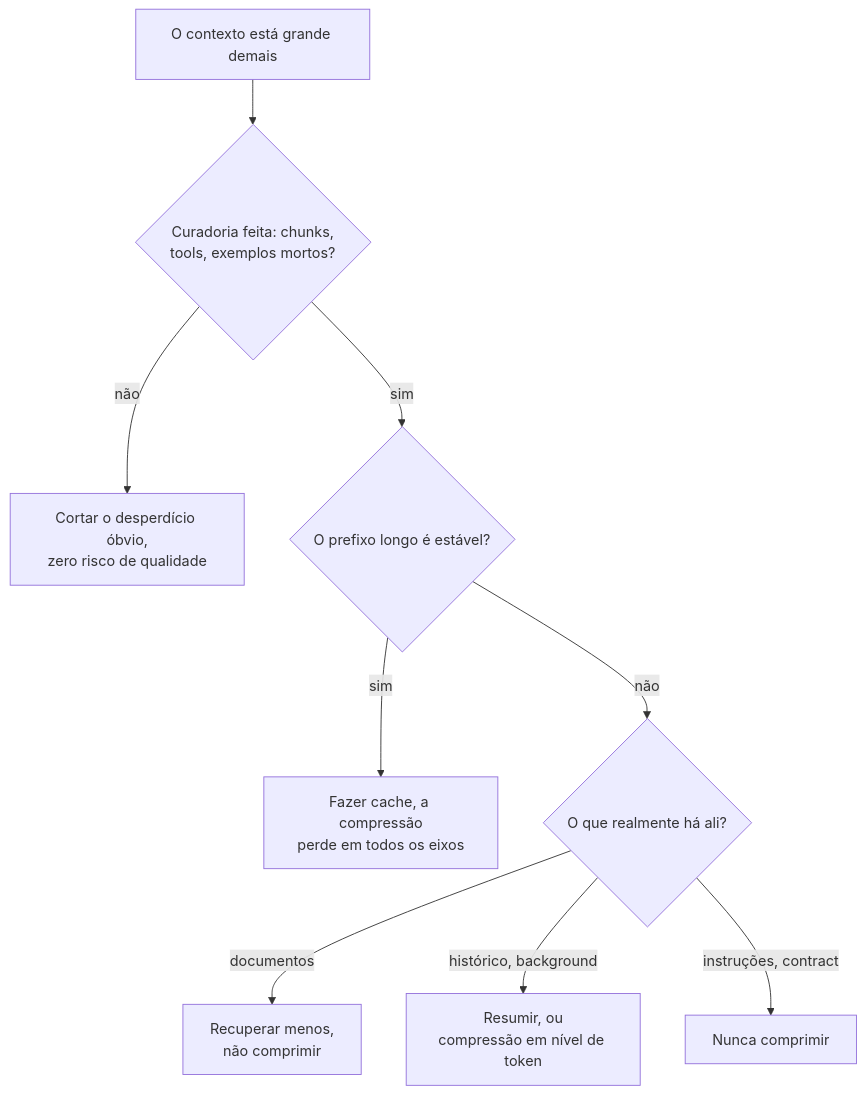
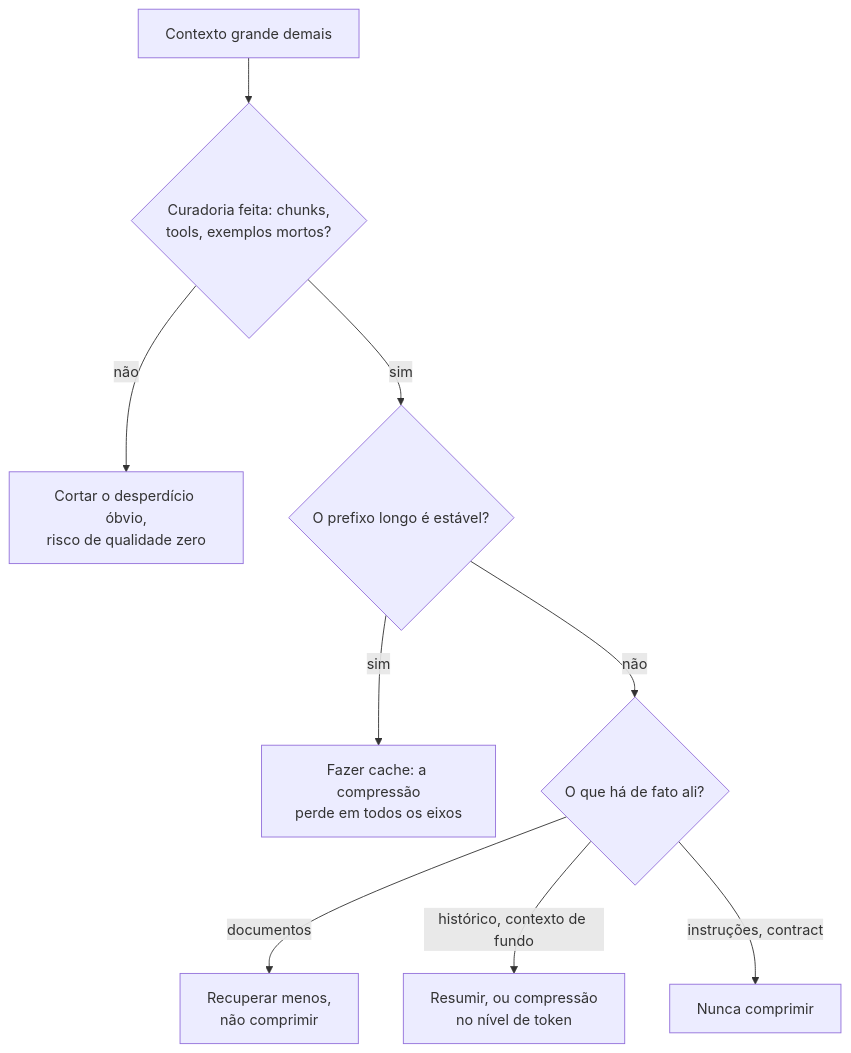
Before and after one commit to andrevberaldo/AI-Engineer-Interview-Questions: diagram 15 of 26 in 03-prompt-engineering-and-context/questions.pt-BR.md, drawn with Mermaid. The commit also changed other lines of this file and 1 other file, not shown here.

````diff
--- a/03-prompt-engineering-and-context/questions.pt-BR.md
+++ b/03-prompt-engineering-and-context/questions.pt-BR.md
@@ -835,11 +835,11 @@
 ```mermaid
 flowchart TD
-    A["O contexto está grande demais"] --> B{"Curadoria feita: chunks,<br/>tools, exemplos mortos?"}
-    B -->|"não"| C["Cortar o desperdício óbvio,<br/>zero risco de qualidade"]
+    A["Contexto grande demais"] --> B{"Curadoria feita: chunks,<br/>tools, exemplos mortos?"}
+    B -->|"não"| C["Cortar o desperdício óbvio,<br/>risco de qualidade zero"]
     B -->|"sim"| D{"O prefixo longo é estável?"}
-    D -->|"sim"| E["Fazer cache, a compressão<br/>perde em todos os eixos"]
-    D -->|"não"| F{"O que realmente há ali?"}
+    D -->|"sim"| E["Fazer cache: a compressão<br/>perde em todos os eixos"]
+    D -->|"não"| F{"O que há de fato ali?"}
     F -->|"documentos"| G["Recuperar menos,<br/>não comprimir"]
-    F -->|"histórico, background"| H["Resumir, ou<br/>compressão em nível de token"]
+    F -->|"histórico, contexto de fundo"| H["Resumir, ou compressão<br/>no nível de token"]
     F -->|"instruções, contract"| I["Nunca comprimir"]
 ```
````
